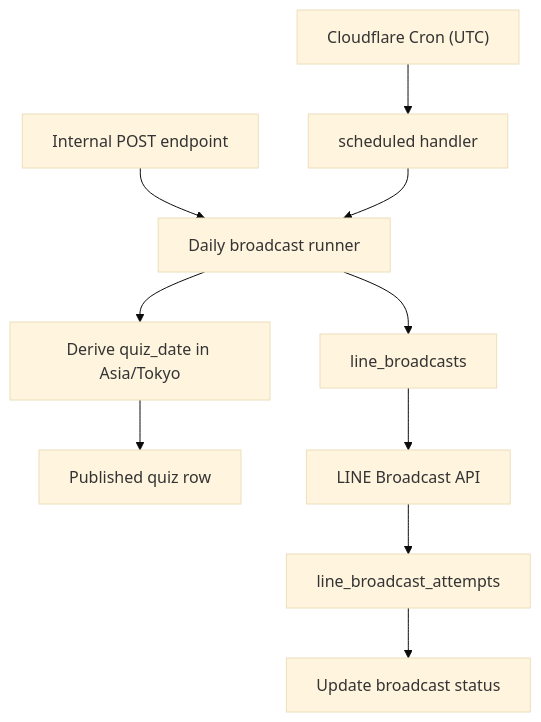
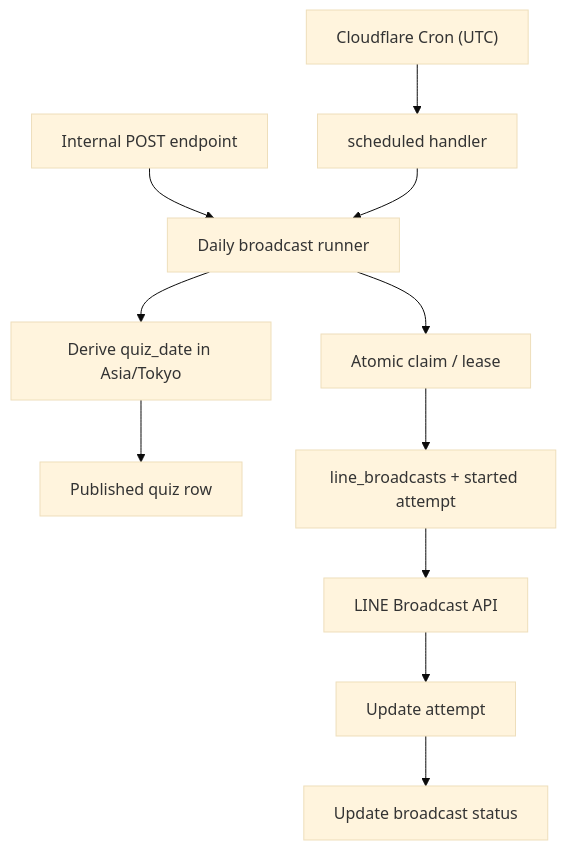
One commit to Digix00/58-Hackathon-202609 changed the third of 3 diagrams in docs/technical/database.md. Above: the diagram before and after it, drawn with Mermaid (base theme). The commit also changed other lines of this file, not shown here.

````diff
--- a/docs/technical/database.md
+++ b/docs/technical/database.md
@@ -438,12 +463,13 @@
 ```mermaid
 flowchart TD
   C["Cloudflare Cron (UTC)"] --> H["scheduled handler"]
   E["Internal POST endpoint"] --> R["Daily broadcast runner"]
   H --> R
   R --> D["Derive quiz_date in Asia/Tokyo"]
   D --> Q["Published quiz row"]
-  R --> B["line_broadcasts"]
+  R --> CL["Atomic claim / lease"]
+  CL --> B["line_broadcasts + started attempt"]
   B --> L["LINE Broadcast API"]
-  L --> A["line_broadcast_attempts"]
+  L --> A["Update attempt"]
   A --> S["Update broadcast status"]
 ```
````
